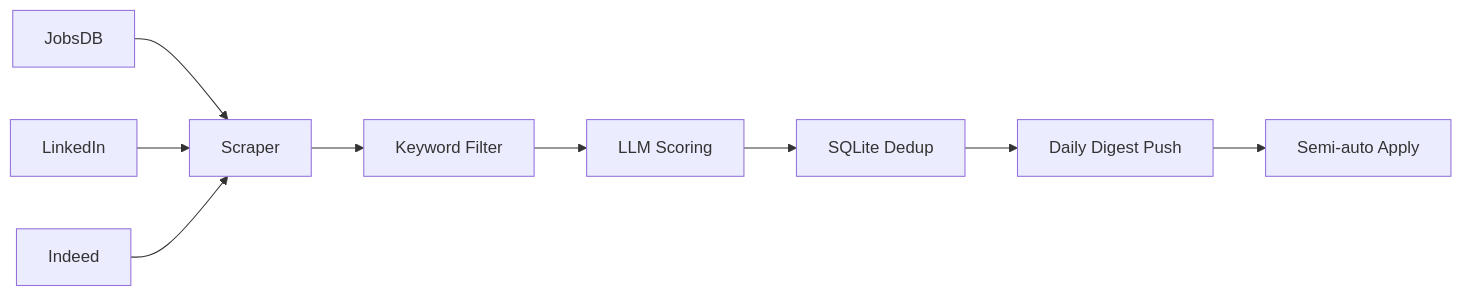
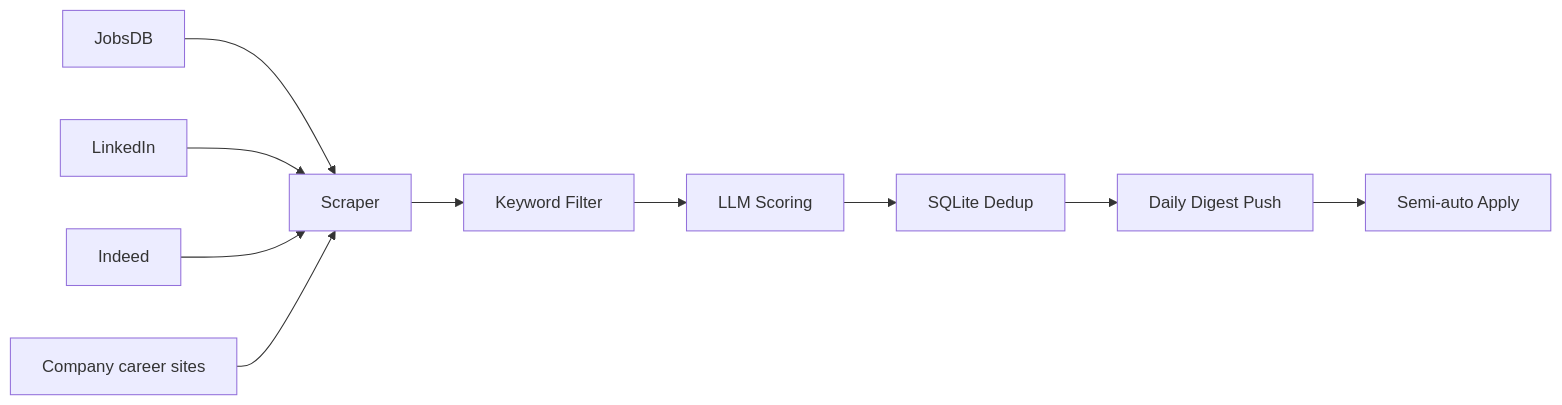
One commit to prui0474/hk-job-radar changed the second of 2 diagrams in README.md. Above: the diagram before and after it, drawn with Mermaid. The commit also changed other lines of this file and 45 other files, not shown here.

First line of the commit message:
feat: 合并为单档产品（全部功能免费），README 加首屏图与演示

````diff
--- a/README.md
+++ b/README.md
@@ -393,11 +400,12 @@
 ```mermaid
 flowchart LR
     A[JobsDB] --> D[Scraper]
     B[LinkedIn] --> D
     C[Indeed] --> D
+    W[Company career sites] --> D
     D --> E[Keyword Filter]
     E --> F[LLM Scoring]
     F --> G[SQLite Dedup]
     G --> H[Daily Digest Push]
     H --> I[Semi-auto Apply]
 ```
````
